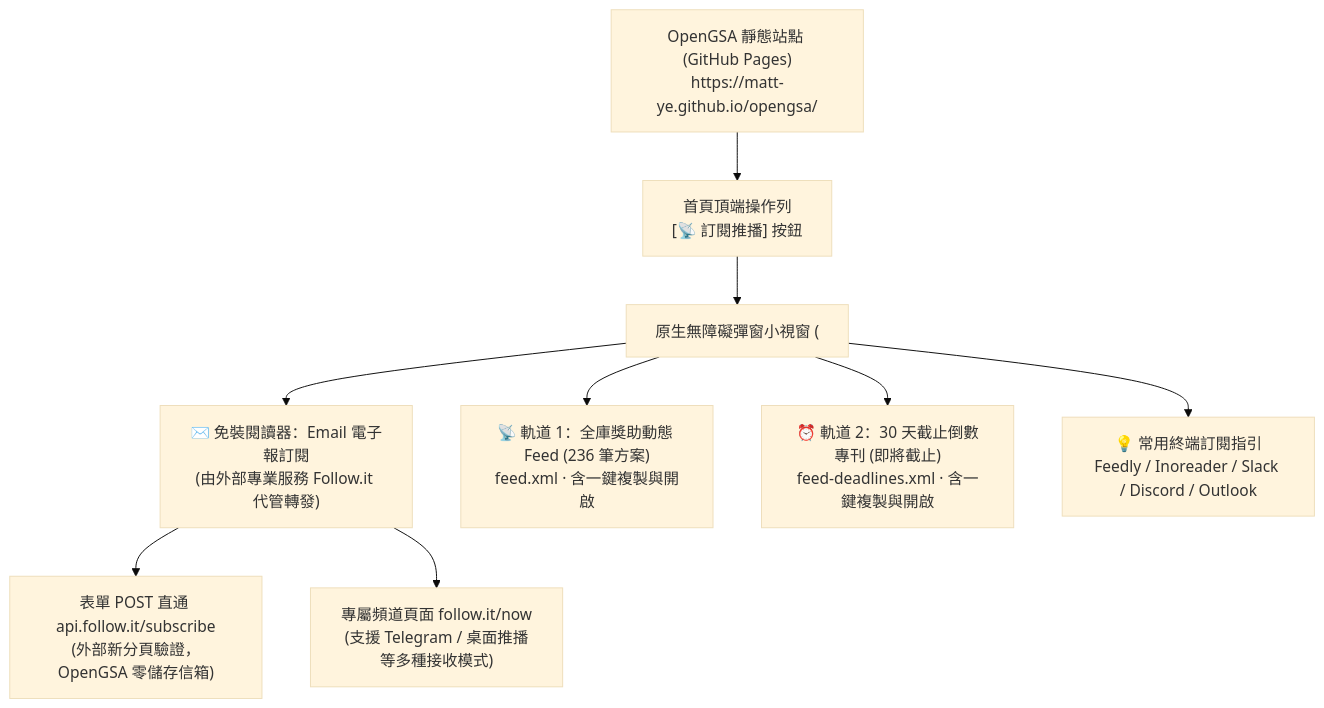
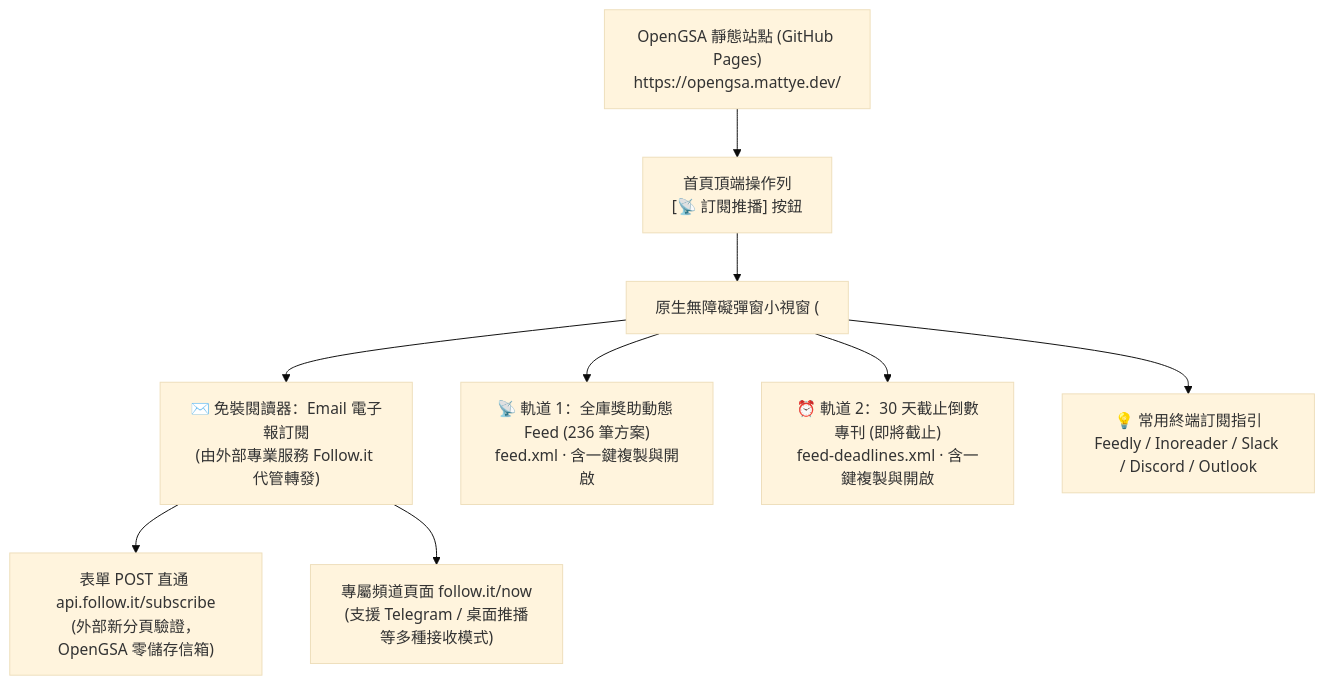
Before and after one commit to matt-ye/opengsa: the first of 2 diagrams in docs/PROACTIVE-NOTIFICATIONS-AND-FILTER-VISIBILITY-GUIDE.md, drawn with Mermaid (base theme). The commit also changed other lines of this file and 11 other files, not shown here.

First line of the commit message:
feat(site): 公開網址改為 opengsa.mattye.dev 並加入 Cloudflare Web Analytics

````diff
--- a/docs/PROACTIVE-NOTIFICATIONS-AND-FILTER-VISIBILITY-GUIDE.md
+++ b/docs/PROACTIVE-NOTIFICATIONS-AND-FILTER-VISIBILITY-GUIDE.md
@@ -18,14 +18,14 @@
 ```mermaid
 flowchart TD
-    Site["OpenGSA 靜態站點 (GitHub Pages)<br/>https://matt-ye.github.io/opengsa/"] --> TopBtn["首頁頂端操作列<br/>[📡 訂閱推播] 按鈕"]
+    Site["OpenGSA 靜態站點 (GitHub Pages)<br/>https://opengsa.mattye.dev/"] --> TopBtn["首頁頂端操作列<br/>[📡 訂閱推播] 按鈕"]
     
     TopBtn --> Dialog["原生無障礙彈窗小視窗 (<dialog id='rss-dialog'>)<br/>• 支援 ESC 鍵關閉 / 遮罩點擊關閉 / 鍵盤導航<br/>• 零追蹤、無 Cookies、無個資收集"]
     
     Dialog --> ChannelFollowIt["✉️ 免裝閱讀器：Email 電子報訂閱<br/>(由外部專業服務 Follow.it 代管轉發)"]
     Dialog --> ChannelFeedMain["📡 軌道 1：全庫獎助動態 Feed (236 筆方案)<br/>feed.xml · 含一鍵複製與開啟"]
     Dialog --> ChannelFeedDeadlines["⏰ 軌道 2：30 天截止倒數專刊 (即將截止)<br/>feed-deadlines.xml · 含一鍵複製與開啟"]
     Dialog --> ChannelGuide["💡 常用終端訂閱指引<br/>Feedly / Inoreader / Slack / Discord / Outlook"]
 
     ChannelFollowIt --> FollowItAPI["表單 POST 直通 api.follow.it/subscribe<br/>(外部新分頁驗證，OpenGSA 零儲存信箱)"]
     ChannelFollowIt --> FollowItNow["專屬頻道頁面 follow.it/now<br/>(支援 Telegram / 桌面推播等多種接收模式)"]
 ```
````
